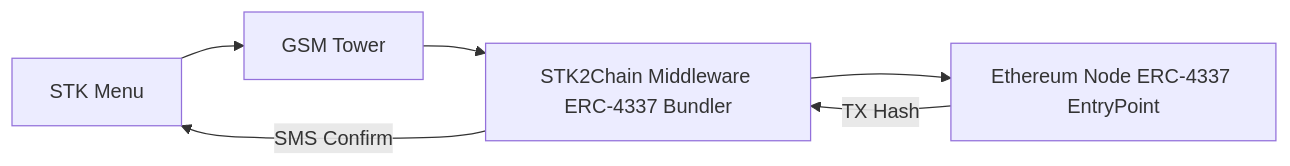
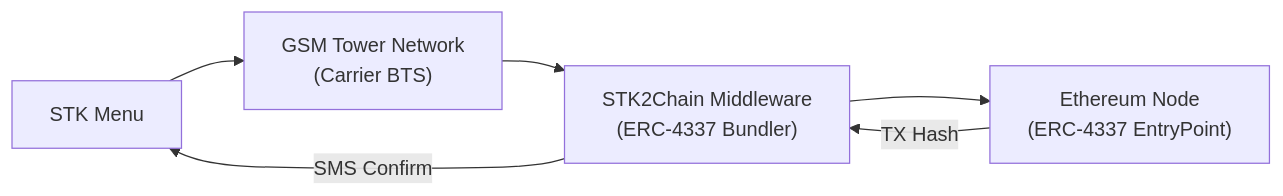
One commit to QHN-Labs/stk2chain changed the diagram in README.md. Above: the diagram before and after it, drawn with Mermaid.

````diff
--- a/README.md
+++ b/README.md
@@ -9,10 +9,14 @@
 ```mermaid
+
 graph LR
   A(Start)
 
-    A[STK Menu] --> B[GSM Tower]
-    B --> C[STK2Chain Middleware ERC-4337 Bundler]
-    C --> D[Ethereum Node ERC-4337 EntryPoint]
+    A[STK Menu] --> B["GSM Tower Network
+    (Carrier BTS)"]
+    B --> C["STK2Chain Middleware
+    (ERC-4337 Bundler)"]
+    C --> D["Ethereum Node
+    (ERC-4337 EntryPoint)"]
     D -->|TX Hash| C
     C -->|SMS Confirm| A
 ```
````
